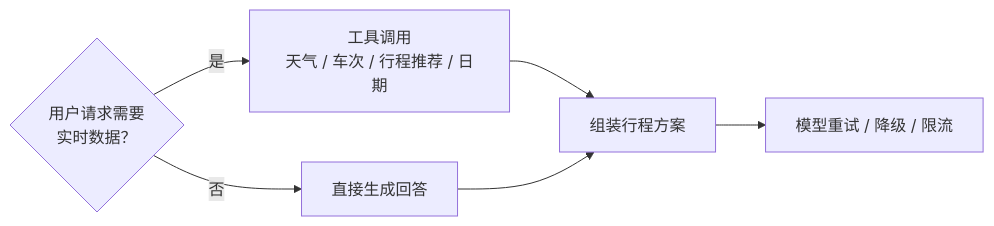
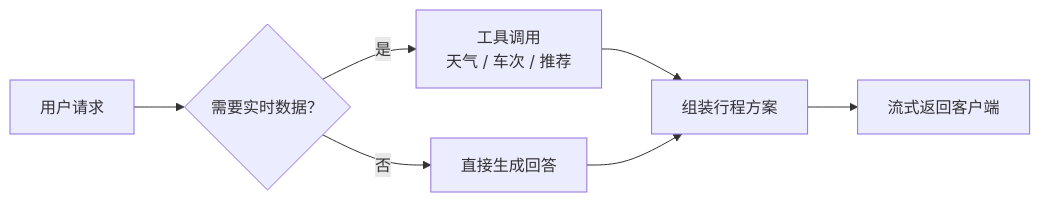
Before and after one commit to Luoqiaocong/voyage: the third of 4 diagrams in README.md, drawn with Mermaid. The commit also changed other lines of this file, not shown here.

````diff
--- a/README.md
+++ b/README.md
@@ -164,11 +141,9 @@
 ```mermaid
 flowchart LR
-    DEC{"用户请求需要<br/>实时数据？"}
-
-    DEC -->|"是"| TOOLS["工具调用<br/>天气 / 车次 / 行程推荐 / 日期"]
-    DEC -->|"否"| ANSWER["直接生成回答"]
-
+    REQ["用户请求"] --> DEC{"需要实时数据？"}
+    DEC -->|是| TOOLS["工具调用<br/>天气 / 车次 / 推荐"]
+    DEC -->|否| GEN["直接生成回答"]
     TOOLS --> OUT["组装行程方案"]
-    ANSWER --> OUT
-    OUT --> RESILIENCE["模型重试 / 降级 / 限流"]
+    GEN --> OUT
+    OUT --> DONE["流式返回客户端"]
 ```
````
